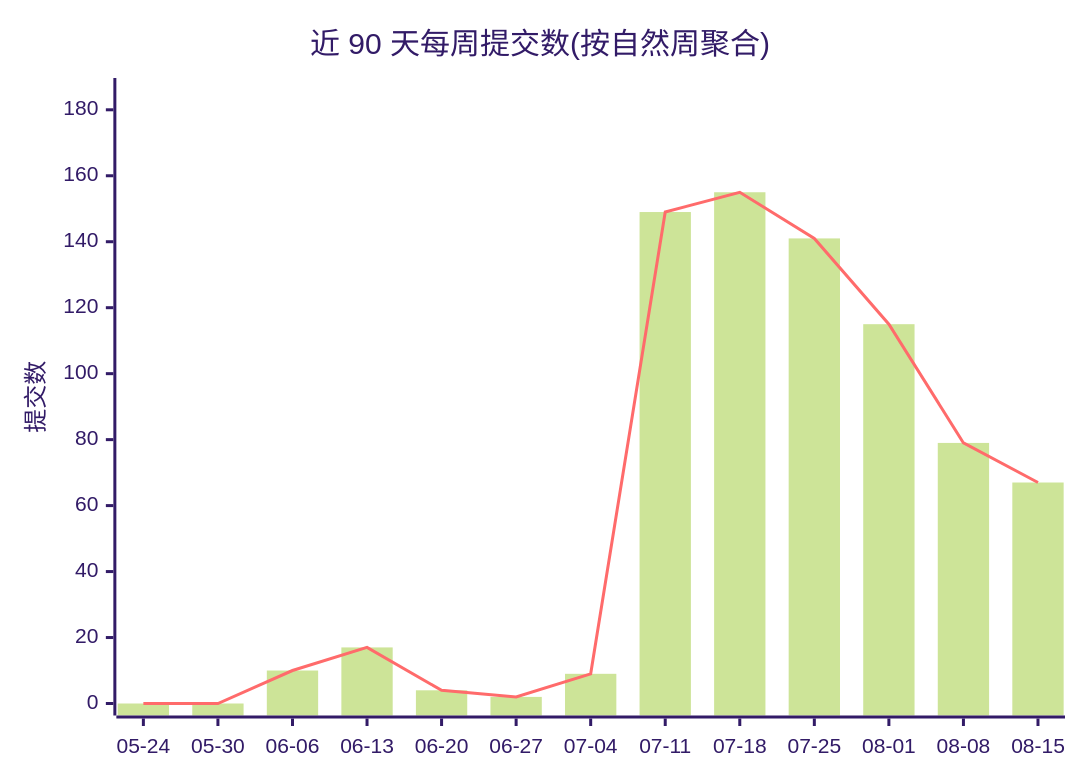
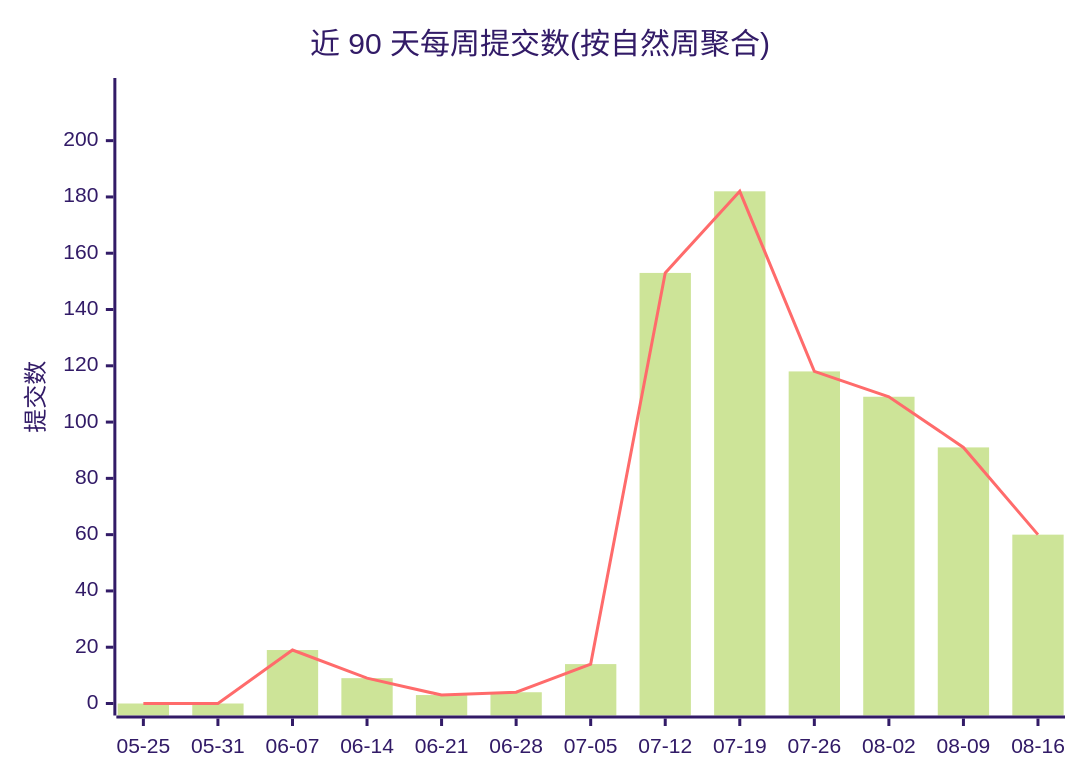
Before and after one commit to Conflux-Union/.github: the first of 2 diagrams in profile/README.md, drawn with Mermaid (forest theme). The commit also changed other lines of this file and 1 other file, not shown here.

````diff
--- a/profile/README.md
+++ b/profile/README.md
@@ -44,8 +44,8 @@
 ```mermaid
 xychart-beta
     title "近 90 天每周提交数(按自然周聚合)"
-    x-axis ["05-24", "05-30", "06-06", "06-13", "06-20", "06-27", "07-04", "07-11", "07-18", "07-25", "08-01", "08-08", "08-15"]
-    y-axis "提交数" 0 --> 186
-    bar [0, 0, 10, 17, 4, 2, 9, 149, 155, 141, 115, 79, 67]
-    line [0, 0, 10, 17, 4, 2, 9, 149, 155, 141, 115, 79, 67]
+    x-axis ["05-25", "05-31", "06-07", "06-14", "06-21", "06-28", "07-05", "07-12", "07-19", "07-26", "08-02", "08-09", "08-16"]
+    y-axis "提交数" 0 --> 218
+    bar [0, 0, 19, 9, 3, 4, 14, 153, 182, 118, 109, 91, 60]
+    line [0, 0, 19, 9, 3, 4, 14, 153, 182, 118, 109, 91, 60]
 ```
````
